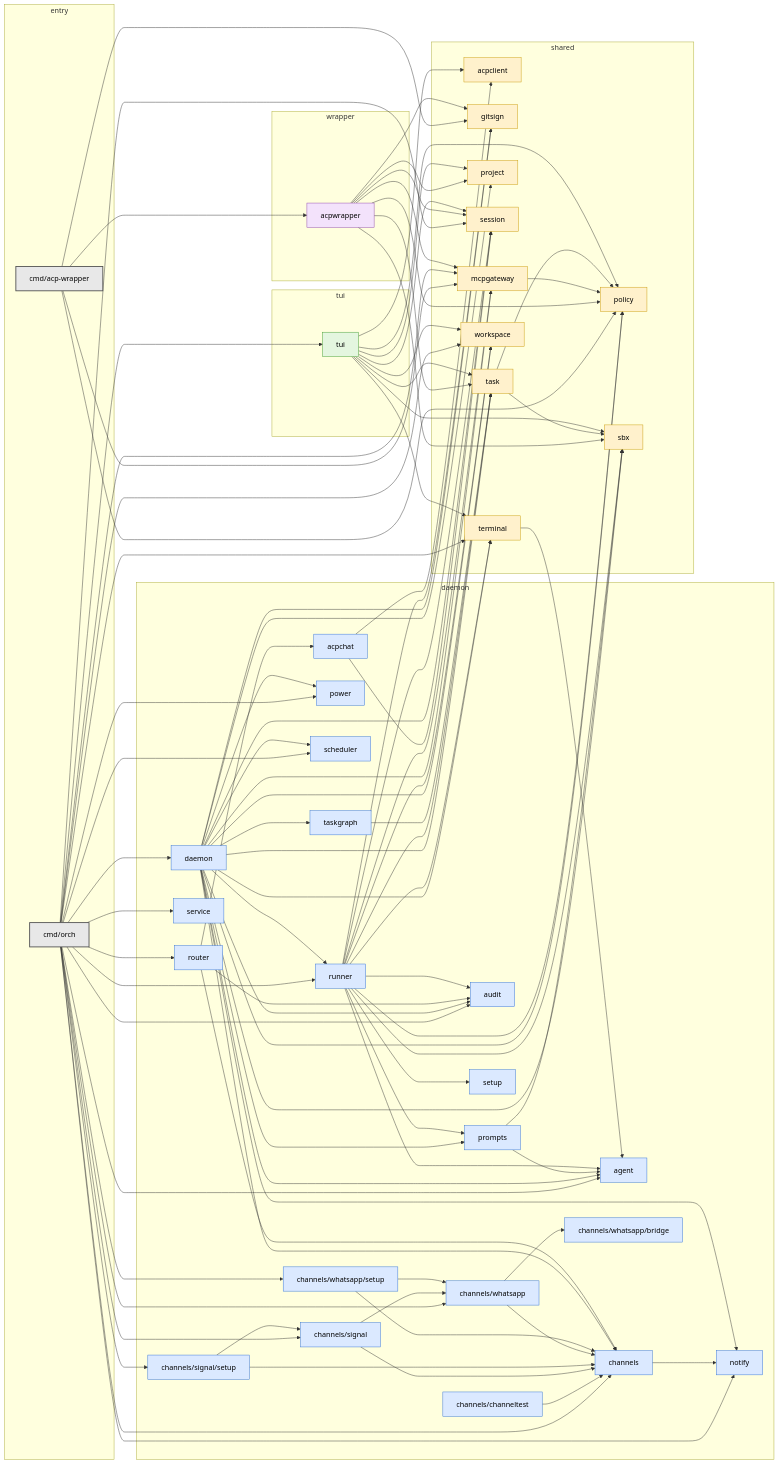
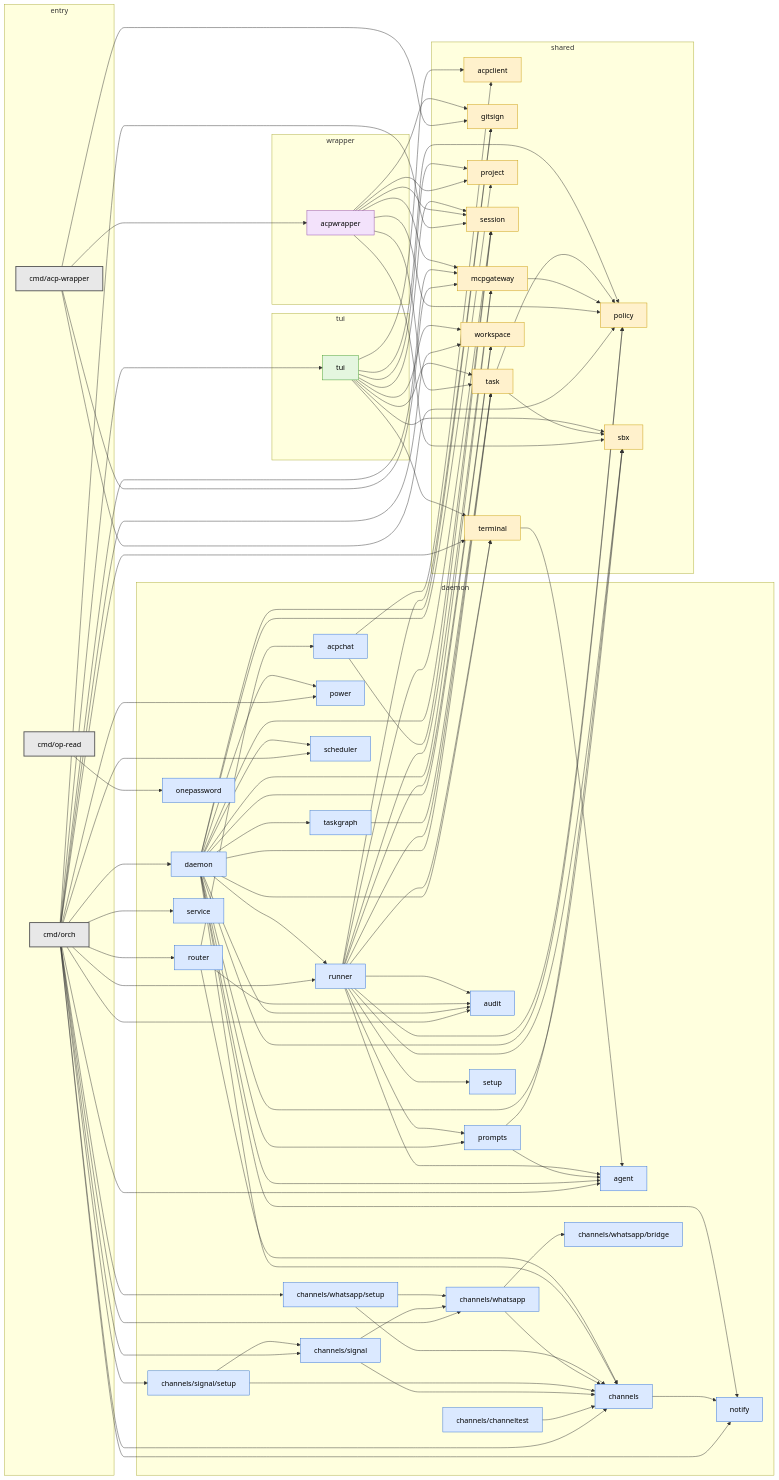
Before and after one commit to slimslenderslacks/workingman: the diagram in docs/packages.md, drawn with Mermaid. The commit also changed other lines of this file and 17 other files, not shown here.

```diff
--- a/docs/packages.md
+++ b/docs/packages.md
@@ -58,6 +59,7 @@
 graph LR
   subgraph grp_entry["entry"]
     cmd_acp_wrapper["cmd/acp-wrapper"]
+    cmd_op_read["cmd/op-read"]
     cmd_orch["cmd/orch"]
   end
   subgraph grp_daemon["daemon"]
@@ -73,6 +75,7 @@
     internal_channels_whatsapp_setup["channels/whatsapp/setup"]
     internal_daemon["daemon"]
     internal_notify["notify"]
+    internal_onepassword["onepassword"]
     internal_power["power"]
     internal_prompts["prompts"]
     internal_router["router"]
@@ -105,6 +108,7 @@
   cmd_acp_wrapper --> internal_gitsign
   cmd_acp_wrapper --> internal_mcpgateway
   cmd_acp_wrapper --> internal_policy
+  cmd_op_read --> internal_onepassword
   cmd_orch --> internal_agent
   cmd_orch --> internal_audit
   cmd_orch --> internal_channels
@@ -193,9 +197,9 @@
   internal_tui --> internal_workspace
 
   classDef entry fill:#e8e8e8,stroke:#555,stroke-width:2px,color:#000
-  class cmd_acp_wrapper,cmd_orch entry
+  class cmd_acp_wrapper,cmd_op_read,cmd_orch entry
   classDef daemon fill:#dbe9ff,stroke:#2f6fd6,color:#000
-  class internal_acpchat,internal_agent,internal_audit,internal_channels,internal_channels_channeltest,internal_channels_signal,internal_channels_signal_setup,internal_channels_whatsapp,internal_channels_whatsapp_bridge,internal_channels_whatsapp_setup,internal_daemon,internal_notify,internal_power,internal_prompts,internal_router,internal_runner,internal_scheduler,internal_service,internal_setup,internal_taskgraph daemon
+  class internal_acpchat,internal_agent,internal_audit,internal_channels,internal_channels_channeltest,internal_channels_signal,internal_channels_signal_setup,internal_channels_whatsapp,internal_channels_whatsapp_bridge,internal_channels_whatsapp_setup,internal_daemon,internal_notify,internal_onepassword,internal_power,internal_prompts,internal_router,internal_runner,internal_scheduler,internal_service,internal_setup,internal_taskgraph daemon
   classDef tui fill:#e4f6df,stroke:#3c9a2c,color:#000
   class internal_tui tui
   classDef shared fill:#fff1cc,stroke:#c99a06,color:#000
```
